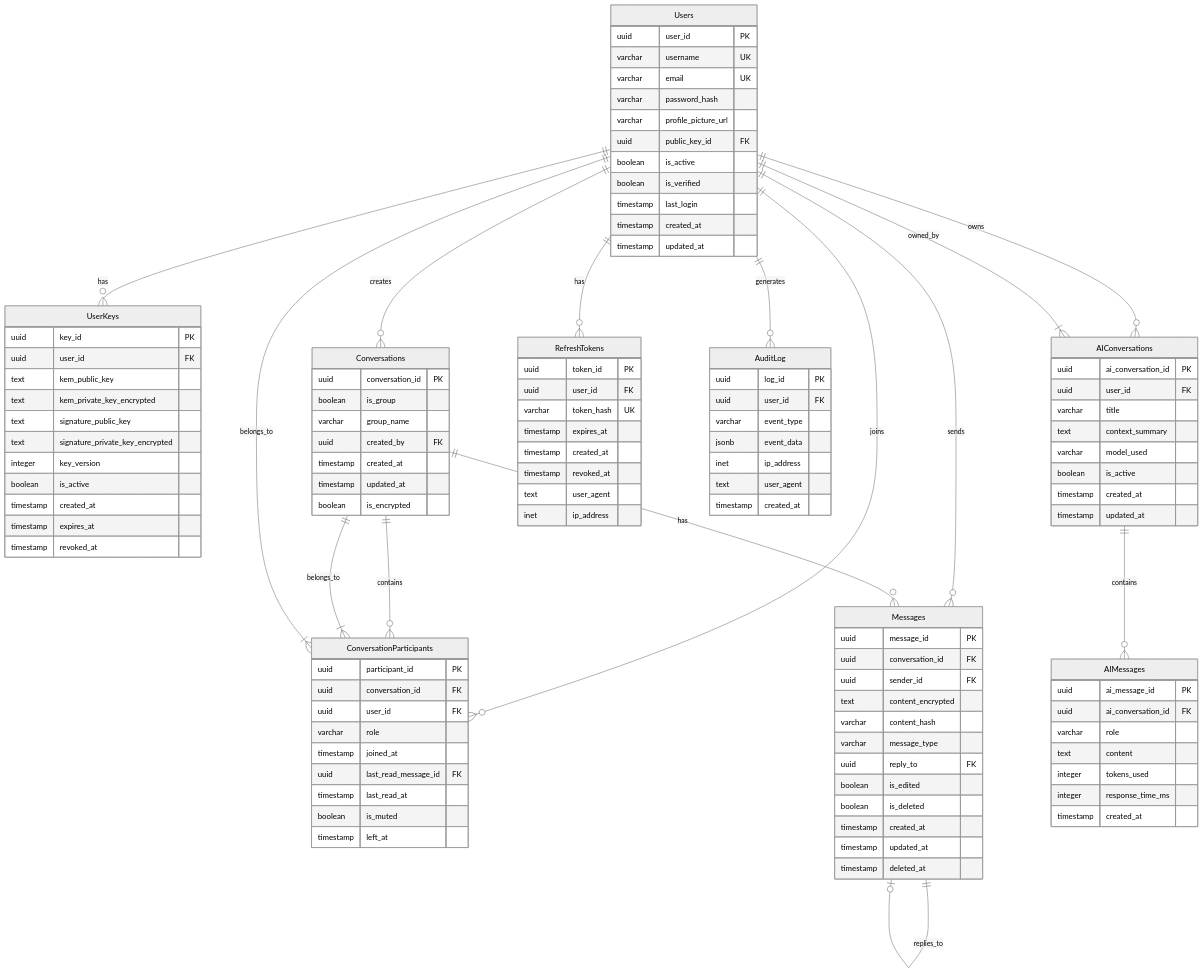
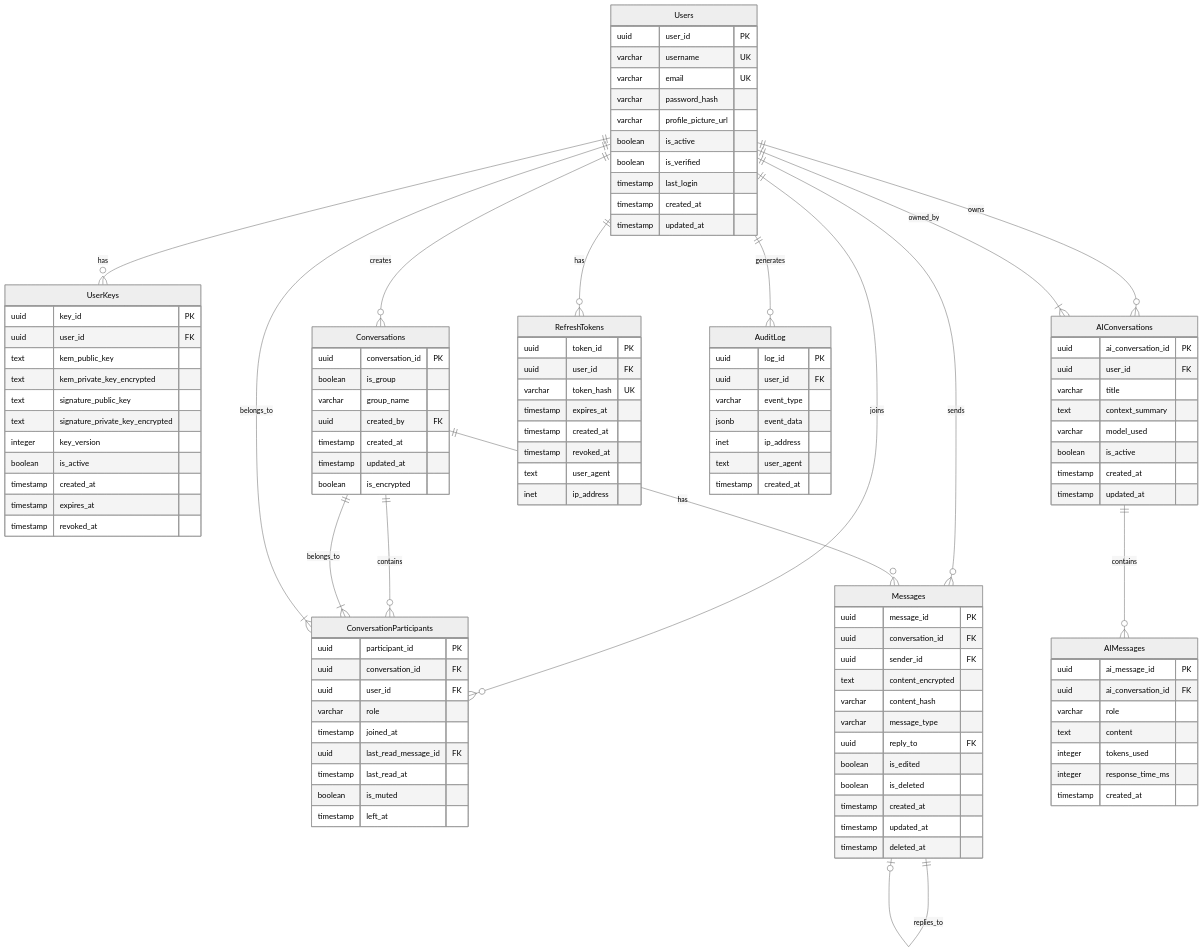
One commit to Dhoopam777/QuantumResilientCommunication changed the diagram in docs/database_design.md. Above: the diagram before and after it, drawn with Mermaid (neutral theme). The commit also changed other lines of this file and 61 other files, not shown here.

```diff
--- a/docs/database_design.md
+++ b/docs/database_design.md
@@ -268,7 +267,6 @@
         varchar email UK
         varchar password_hash
         varchar profile_picture_url
-        uuid public_key_id FK
         boolean is_active
         boolean is_verified
         timestamp last_login
```
